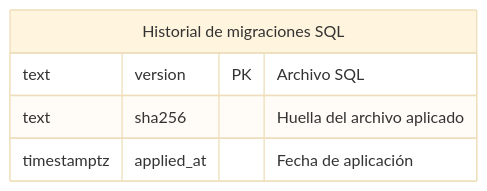
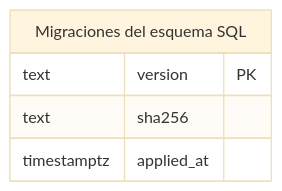
One commit to Neb-Ur/cotizapp.web changed diagram 11 of 11 in docs/base-de-datos/diagrama-completo.md. Above: the diagram before and after it, drawn with Mermaid (base theme). The commit also changed other lines of this file and 17 other files, not shown here.

````diff
--- a/docs/base-de-datos/diagrama-completo.md
+++ b/docs/base-de-datos/diagrama-completo.md
@@ -1398,8 +1535,8 @@
 ```mermaid
 erDiagram
-  findi_schema_migrations["Historial de migraciones SQL"] {
-    text version PK "Archivo SQL"
-    text sha256 "Huella del archivo aplicado"
-    timestamptz applied_at "Fecha de aplicación"
+  findi_schema_migrations["Migraciones del esquema SQL"] {
+    text version PK
+    text sha256
+    timestamptz applied_at
   }
 ```
````
